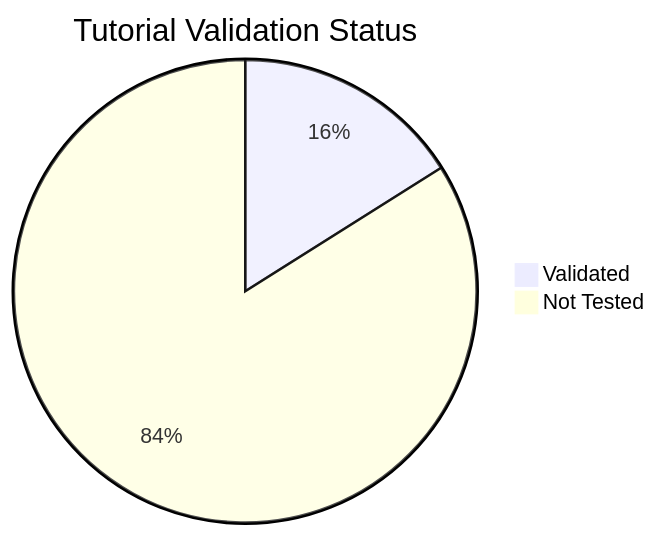
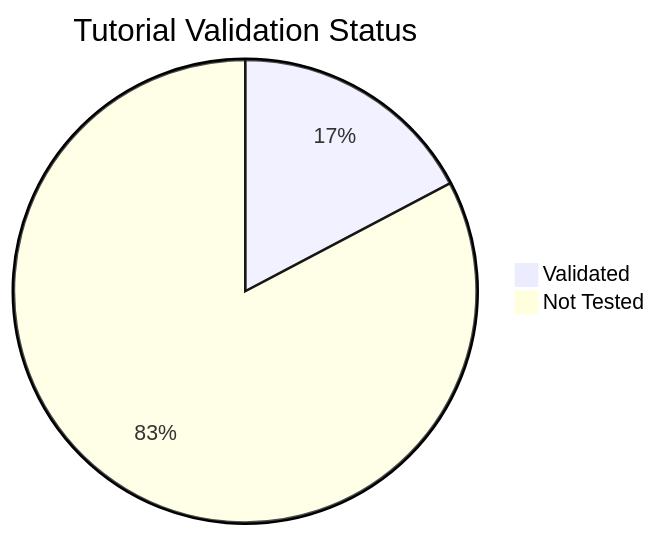
The diagram in docs/reference/validation-status.md (yeongseon/azure-container-apps-practical-guide), drawn with Mermaid before and after one commit. The commit also changed other lines of this file and 1 other file, not shown here.

````diff
--- a/docs/reference/validation-status.md
+++ b/docs/reference/validation-status.md
@@ -35,5 +35,5 @@
 ```mermaid
 pie title Tutorial Validation Status
-    "Validated" : 13
-    "Not Tested" : 68
+    "Validated" : 14
+    "Not Tested" : 67
 ```
````
